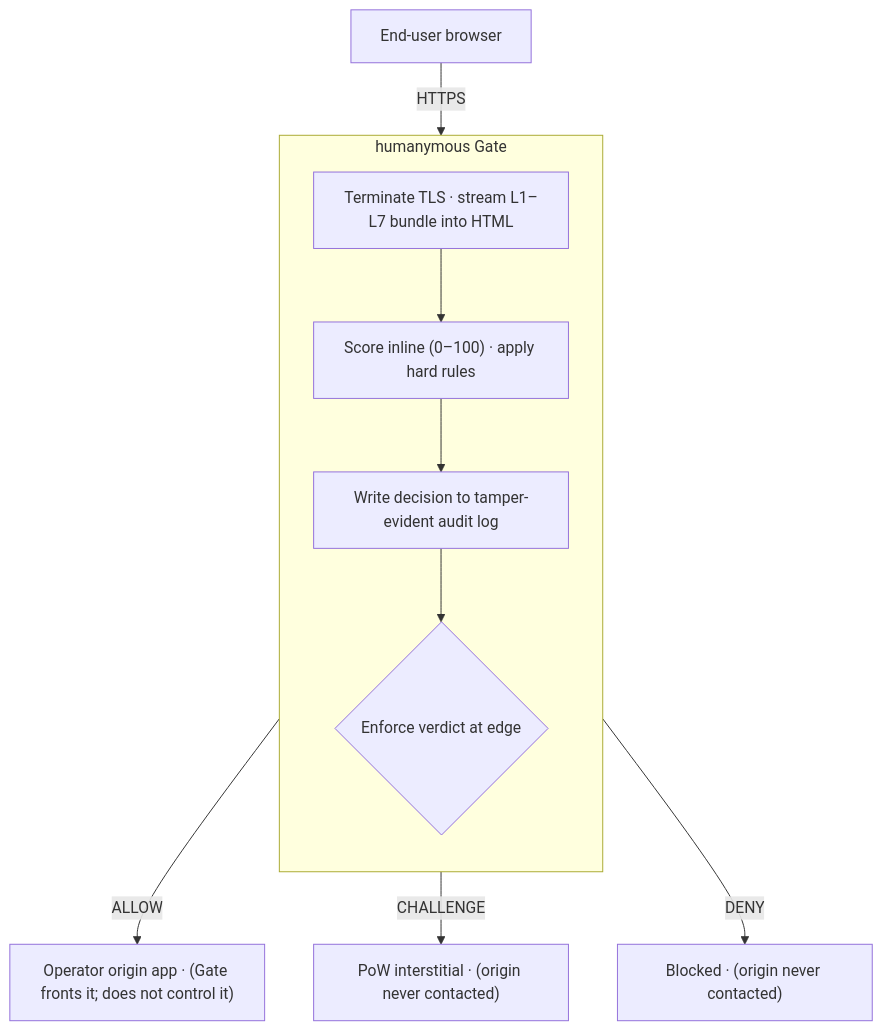
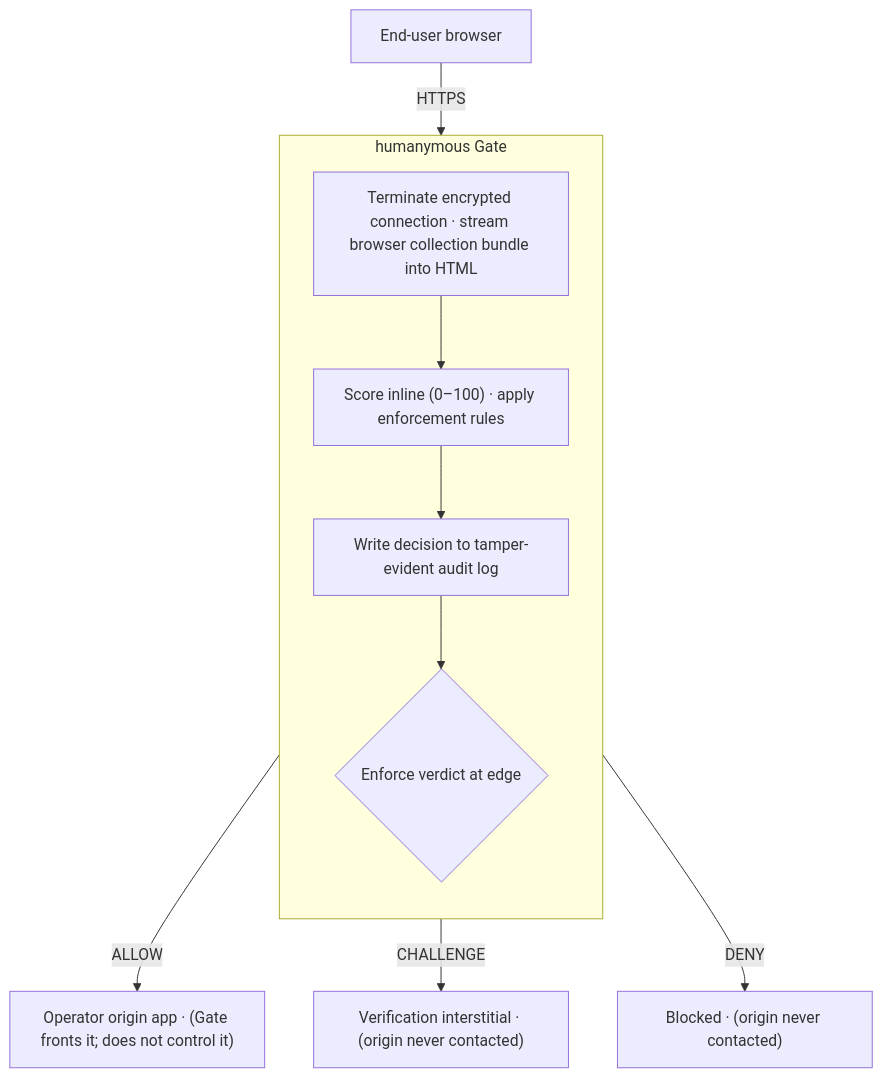
One commit to modootoday/humanymous changed the diagram in docs/explanation/what-gate-is.md. Above: the diagram before and after it, drawn with Mermaid. The commit also changed other lines of this file and 62 other files, not shown here.

````diff
--- a/docs/explanation/what-gate-is.md
+++ b/docs/explanation/what-gate-is.md
@@ -93,15 +93,15 @@
 ```mermaid
 flowchart TD
   B["End-user browser"] -- "HTTPS" --> G
   subgraph G["humanymous Gate"]
     direction TB
-    T["Terminate TLS · stream L1–L7 bundle into HTML"]
-    S["Score inline (0–100) · apply hard rules"]
+    T["Terminate encrypted connection · stream browser collection bundle into HTML"]
+    S["Score inline (0–100) · apply enforcement rules"]
     A["Write decision to tamper-evident audit log"]
     E{"Enforce verdict at edge"}
     T --> S --> A --> E
   end
   E -- "ALLOW" --> O["Operator origin app · (Gate fronts it; does not control it)"]
-  E -- "CHALLENGE" --> PoW["PoW interstitial · (origin never contacted)"]
+  E -- "CHALLENGE" --> Verify["Verification interstitial · (origin never contacted)"]
   E -- "DENY" --> X["Blocked · (origin never contacted)"]
 ```
````
